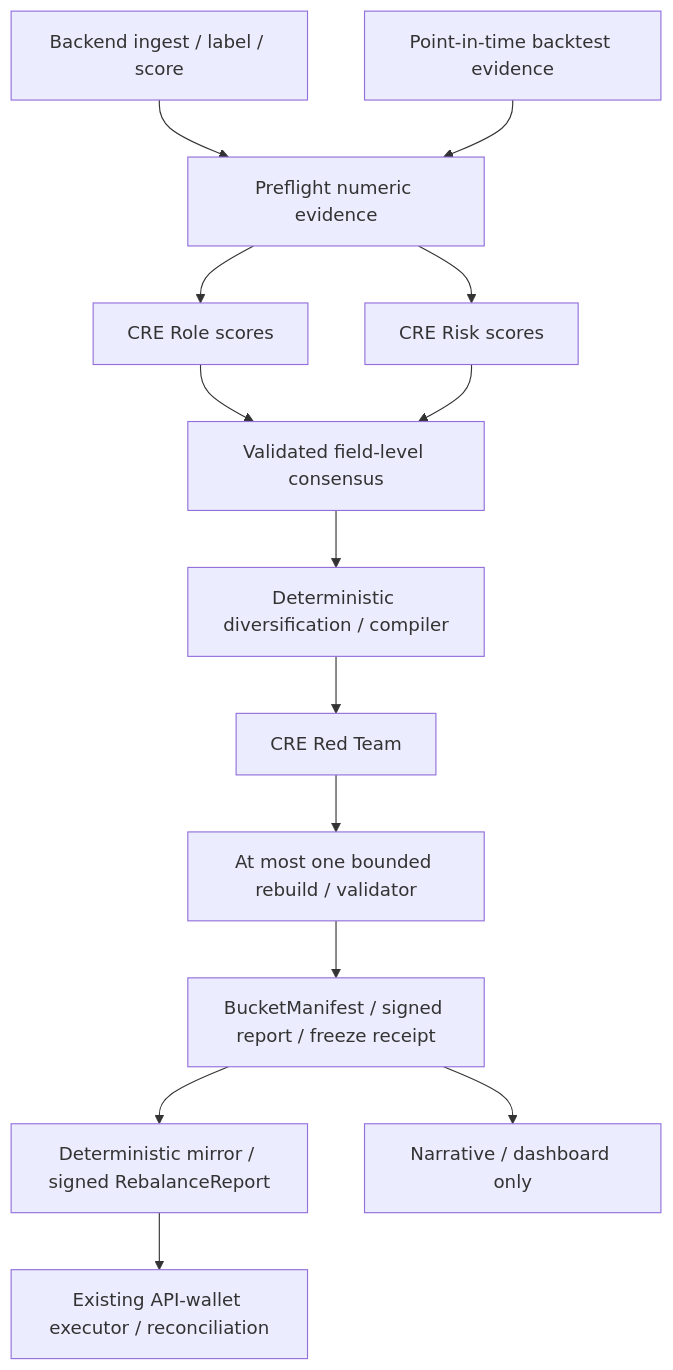
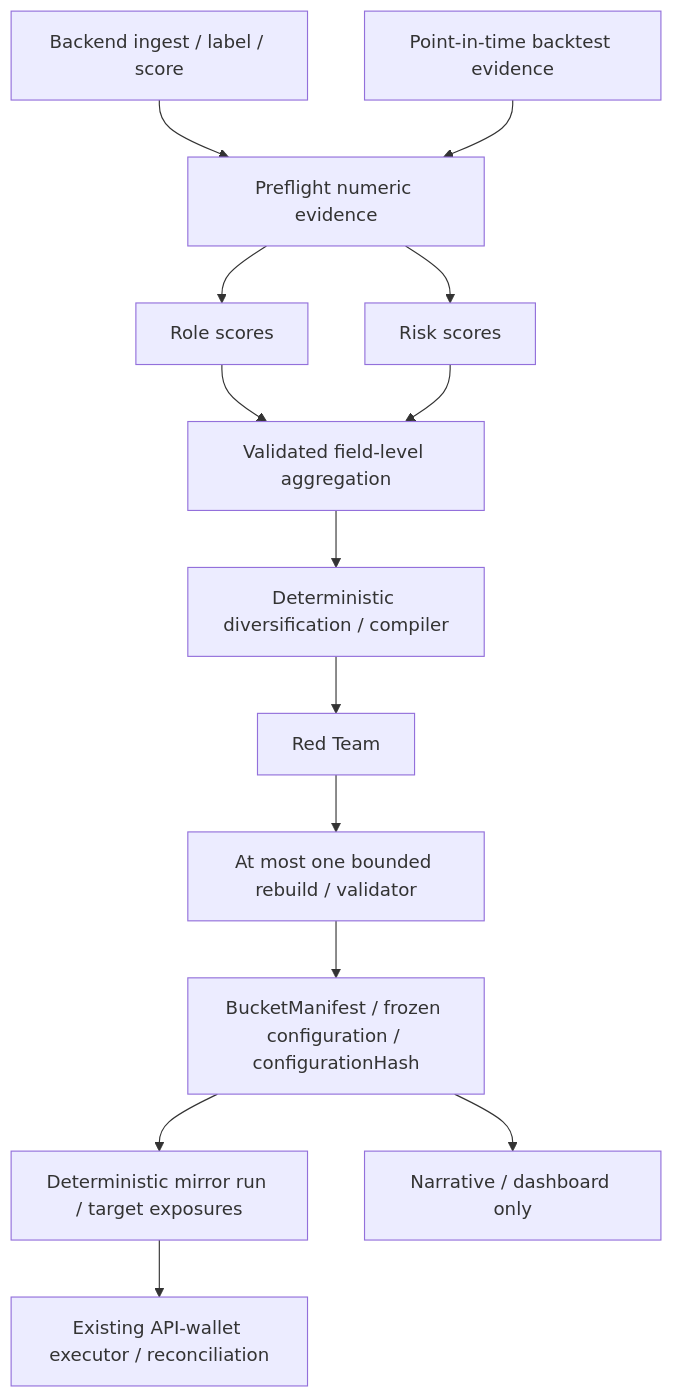
One commit to JamesBurnsBacon/PerpParrot-Onchain-Trading-Agent-by-QuantFun changed the diagram in docs/agents/ARCHITECTURE.md. Above: the diagram before and after it, drawn with Mermaid. The commit also changed other lines of this file and 133 other files, not shown here.

````diff
--- a/docs/agents/ARCHITECTURE.md
+++ b/docs/agents/ARCHITECTURE.md
@@ -24,16 +24,16 @@
 ```mermaid
 flowchart TD
   I[Backend ingest / label / score] --> P[Preflight numeric evidence]
   B[Point-in-time backtest evidence] --> P
-  P --> R[CRE Role scores]
-  P --> K[CRE Risk scores]
-  R --> C[Validated field-level consensus]
+  P --> R[Role scores]
+  P --> K[Risk scores]
+  R --> C[Validated field-level aggregation]
   K --> C
   C --> D[Deterministic diversification / compiler]
-  D --> T[CRE Red Team]
+  D --> T[Red Team]
   T --> V[At most one bounded rebuild / validator]
-  V --> M[BucketManifest / signed report / freeze receipt]
-  M --> L[Deterministic mirror / signed RebalanceReport]
+  V --> M[BucketManifest / frozen configuration / configurationHash]
+  M --> L[Deterministic mirror run / target exposures]
   L --> E[Existing API-wallet executor / reconciliation]
   M --> N[Narrative / dashboard only]
 ```
````
